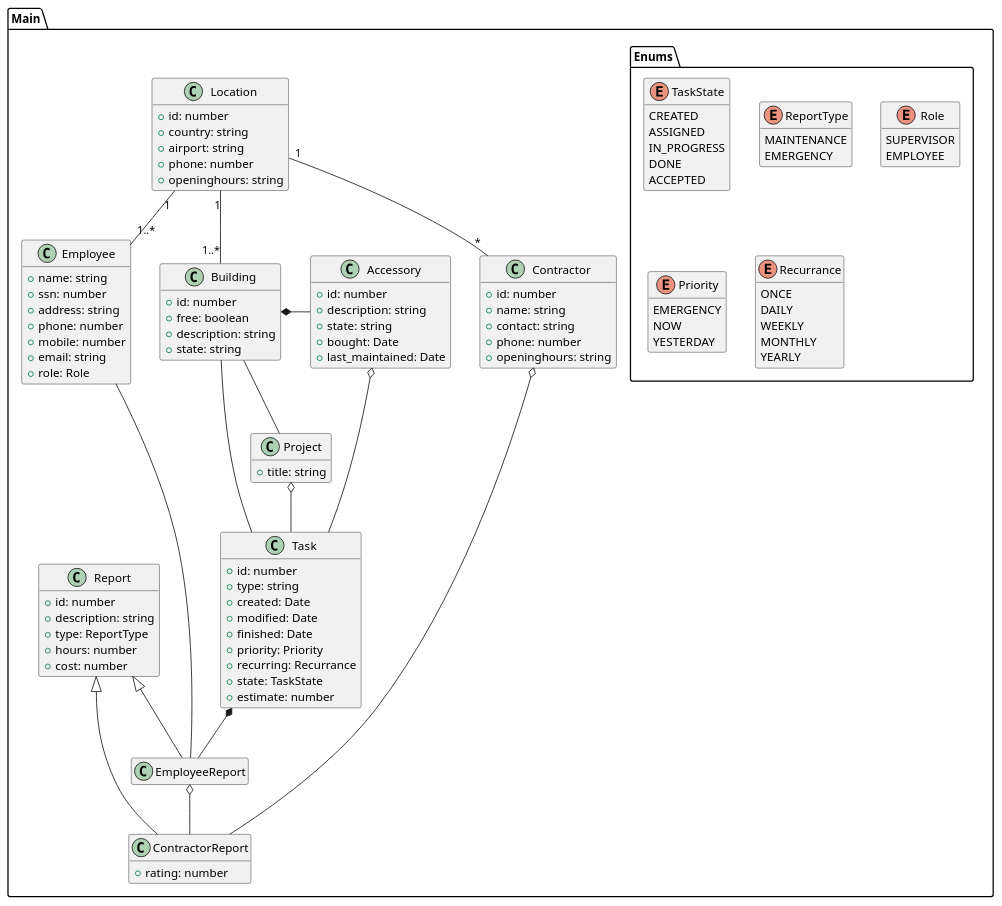
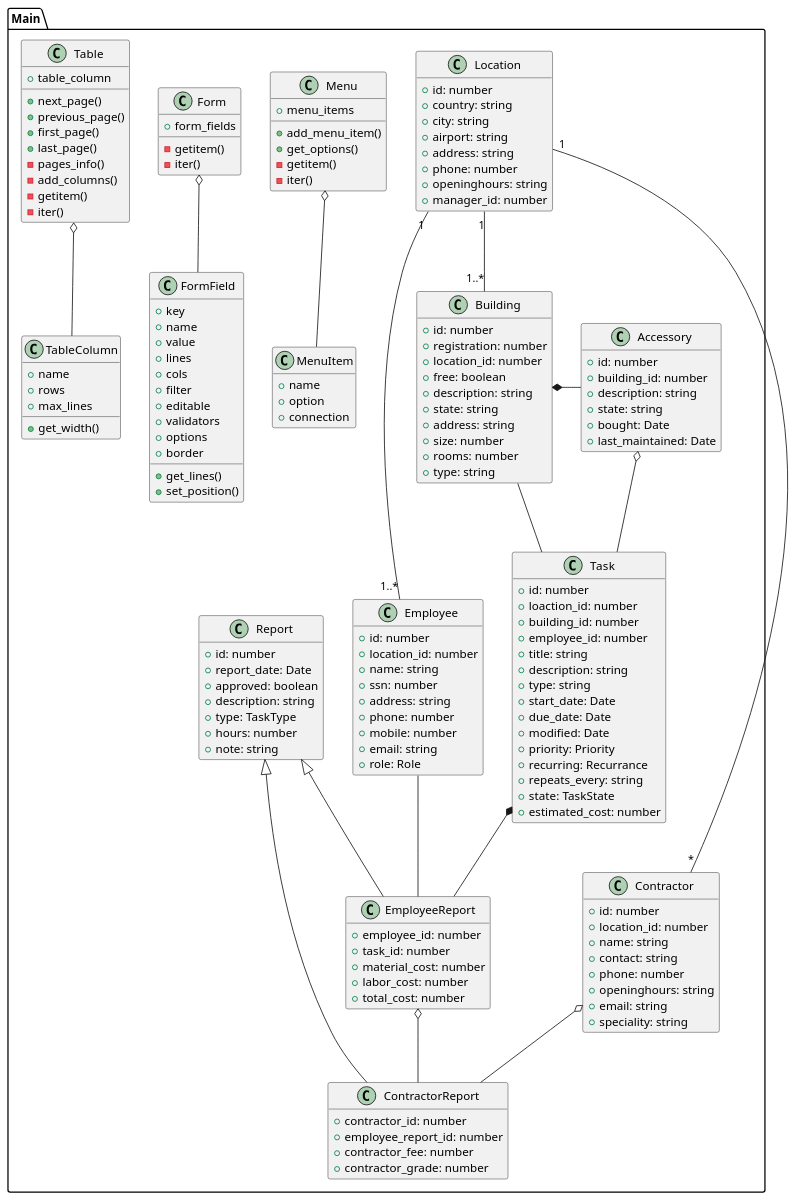
The diagram in docs/uml/klasar.puml (finnure/Verklegt1-H1-2021), drawn with PlantUML before and after one commit.

Commit message:
uppfærðir klasar

```diff
--- a/docs/uml/klasar.puml
+++ b/docs/uml/klasar.puml
@@ -1,112 +1,171 @@
 @startuml NaN Air
 hide empty members
 
 Package Main {
   Class Location {
     + id: number
     + country: string
+    + city: string
     + airport: string
+    + address: string
     + phone: number
     + openinghours: string
+    + manager_id: number
   }
   Class Employee {
+    + id: number
+    + location_id: number
     + name: string
     + ssn: number
     + address: string
     + phone: number
     + mobile: number
     + email: string
     + role: Role
   }
   Class Contractor {
     + id: number
+    + location_id: number
     + name: string
     + contact: string
     + phone: number
     + openinghours: string
+    + email: string
+    + speciality: string
   }
   Class Building {
     + id: number
+    + registration: number
+    + location_id: number
     + free: boolean
     + description: string
     + state: string
+    + address: string
+    + size: number
+    + rooms: number
+    + type: string
   }
   Class Accessory {
     + id: number
+    + building_id: number
     + description: string
     + state: string
     + bought: Date
     + last_maintained: Date
   }
-  Class Project {
-    + title: string
-  }
+
   Class Task {
     + id: number
+    + loaction_id: number
+    + building_id: number
+    + employee_id: number
+    + title: string
+    + description: string
     + type: string
-    + created: Date
+    + start_date: Date
+    + due_date: Date
     + modified: Date
-    + finished: Date
     + priority: Priority
     + recurring: Recurrance
+    + repeats_every: string
     + state: TaskState
-    + estimate: number
+    + estimated_cost: number
   }
   Class Report {
     + id: number
+    + report_date: Date
+    + approved: boolean
     + description: string
-    + type: ReportType
+    + type: TaskType
     + hours: number
-    + cost: number
+    + note: string
   }
   Class EmployeeReport {
+    + employee_id: number
+    + task_id: number
+    + material_cost: number
+    + labor_cost: number
+    + total_cost: number
   }
   Class ContractorReport {
-    + rating: number
+    + contractor_id: number
+    + employee_report_id: number
+    + contractor_fee: number
+    + contractor_grade: number
   }
-  package Enums {
-    enum TaskState {
-      CREATED
-      ASSIGNED
-      IN_PROGRESS
-      DONE
-      ACCEPTED       
-    }
-    enum ReportType {
-      MAINTENANCE
-      EMERGENCY
-    }
-    enum Role {
-      SUPERVISOR
-      EMPLOYEE
-    }
-    enum Priority {
-      EMERGENCY
-      NOW
-      YESTERDAY
-    }
-    enum Recurrance {
-      ONCE
-      DAILY
-      WEEKLY
-      MONTHLY
-      YEARLY
-    }
+  
+ Class Menu {
+    + menu_items
+
+    + add_menu_item()
+    + get_options()
+    - getitem()
+    - iter()
   }
+  Class MenuItem {
+    + name
+    + option
+    + connection
+  }
+  Class Form {
+    + form_fields
+
+    - getitem()
+    - iter()
+  }
+  Class FormField {
+    + key
+    + name
+    + value
+    + lines
+    + cols 
+    + filter
+    + editable
+    + validators
+    + options
+    + border
+
+    + get_lines()
+    + set_position()
+  }
+
+  Class Table {
+    + table_column
+
+    + next_page()
+    + previous_page()
+    + first_page()
+    + last_page()
+    - pages_info()
+    - add_columns()
+    - getitem()
+    - iter()
+  }
+  Class TableColumn {
+    + name
+    + rows
+    + max_lines
+
+    + get_width()
+
+  }
+
+  Form o-- FormField
+  Menu o-- MenuItem
+  Table o-- TableColumn
+
   Report <|-- EmployeeReport
   Report <|-- ContractorReport
   Task *-- EmployeeReport
   EmployeeReport o-- ContractorReport
   Employee -- EmployeeReport
   Location "1" -- "1..*" Employee
   Location "1" -- "1..*" Building
   Location "1" -- "*" Contractor
-  Building -- Project
   Building -- Task
   Accessory o-- Task
-  Project o-- Task
   Contractor o-- ContractorReport
   Building *- Accessory
 }
 
 @enduml
```
